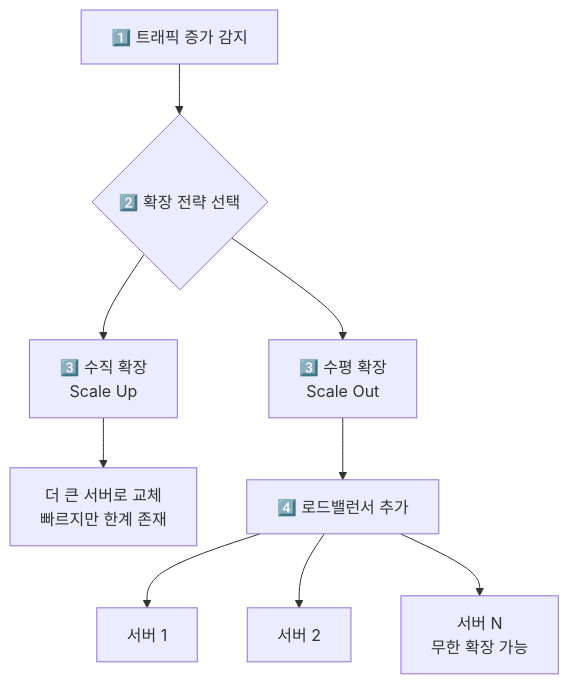
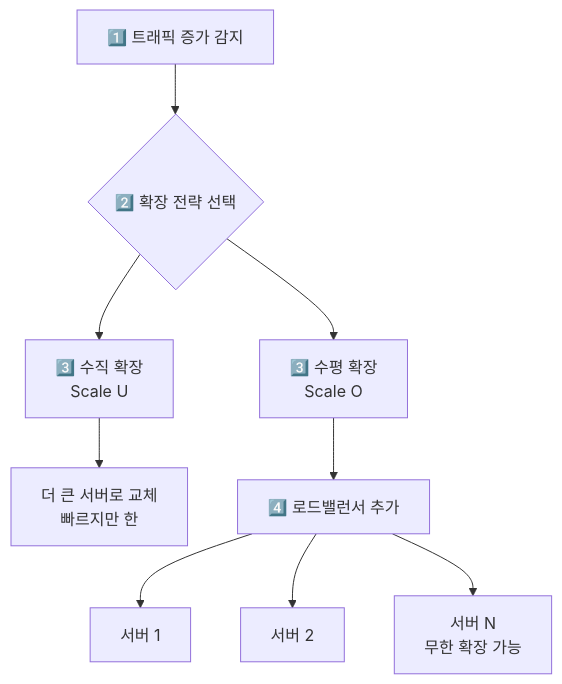
The first of 17 diagrams in _posts/systemdesign/2026-05-02-system-design-fundamentals.md (yjkim2015/yjkim2015.github.io), drawn with Mermaid before and after one commit. The commit also changed other lines of this file and 271 other files, not shown here.

First line of the commit message:
Mermaid 라벨 축소: 긴 노드 텍스트 18자 이하로 트림 + \n 제거

````diff
--- a/_posts/systemdesign/2026-05-02-system-design-fundamentals.md
+++ b/_posts/systemdesign/2026-05-02-system-design-fundamentals.md
@@ -58,11 +58,11 @@
 ```mermaid
 graph TD
     A["1️⃣ 트래픽 증가 감지"] --> B{"2️⃣ 확장 전략 선택"}
-    B --> C["3️⃣ 수직 확장\nScale Up"]
-    B --> D["3️⃣ 수평 확장\nScale Out"]
-    C --> E["더 큰 서버로 교체\n빠르지만 한계 존재"]
+    B --> C["3️⃣ 수직 확장\nScale U"]
+    B --> D["3️⃣ 수평 확장\nScale O"]
+    C --> E["더 큰 서버로 교체\n빠르지만 한"]
     D --> F["4️⃣ 로드밸런서 추가"]
     F --> G["서버 1"]
     F --> H["서버 2"]
     F --> I["서버 N\n무한 확장 가능"]
 ```
````
